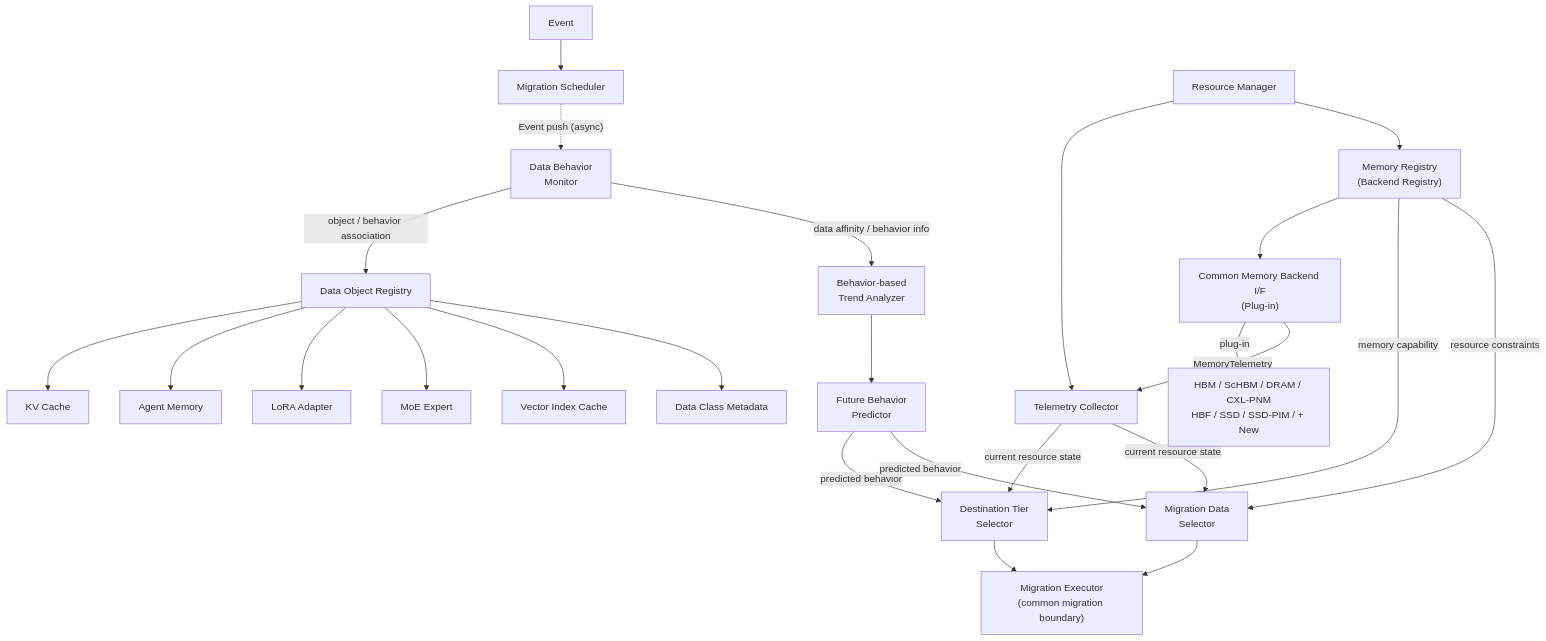
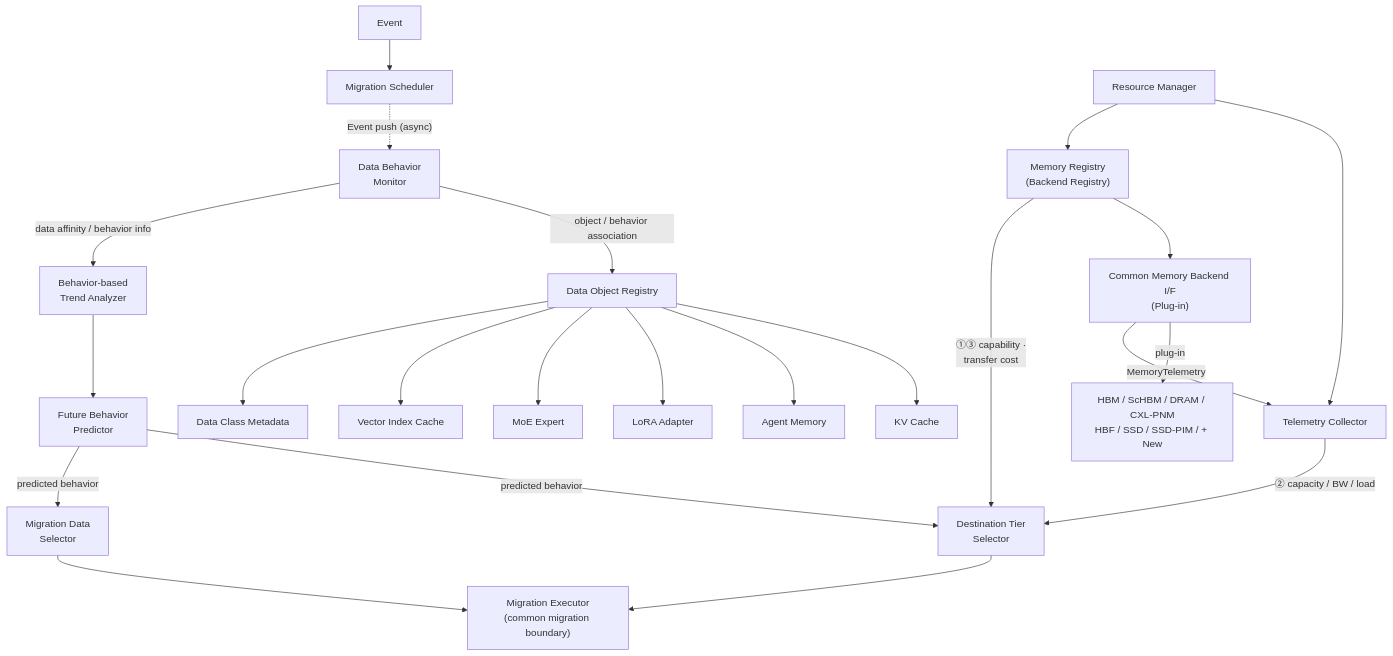
One commit to mkim0628/vllm changed the third of 4 diagrams in doc-mk/DP1/dp1-ai-data-migration-decision-architecture.md. Above: the diagram before and after it, drawn with Mermaid. The commit also changed other lines of this file, not shown here.

First line of the commit message:
DP1 doc: align C1/C2 module descriptions and diagrams with slides (Resource Manager links only RSM and DTS)

```diff
--- a/doc-mk/DP1/dp1-ai-data-migration-decision-architecture.md
+++ b/doc-mk/DP1/dp1-ai-data-migration-decision-architecture.md
@@ -1358,58 +1372,56 @@
 ~~~mermaid
 flowchart TD
     EV["Event"]
     MS["Migration Scheduler"]
 
     DBM["Data Behavior<br/>Monitor"]
     BTA["Behavior-based<br/>Trend Analyzer"]
     FBP["Future Behavior<br/>Predictor"]
 
     DOR["Data Object Registry"]
     KV["KV Cache"]
     AM["Agent Memory"]
     LA["LoRA Adapter"]
     MOE["MoE Expert"]
     IDX["Vector Index Cache"]
     META["Data Class Metadata"]
 
     DTS["Destination Tier<br/>Selector"]
     MDS["Migration Data<br/>Selector"]
     ME["Migration Executor<br/>(common migration boundary)"]
 
     RM["Resource Manager"]
     TC["Telemetry Collector"]
     MR["Memory Registry<br/>(Backend Registry)"]
     MBI["Common Memory Backend I/F<br/>(Plug-in)"]
     MEMS["HBM / ScHBM / DRAM / CXL-PNM<br/>HBF / SSD / SSD-PIM / + New"]
 
     EV --> MS
     MS -. "Event push (async)" .-> DBM
 
     DBM -->|"object / behavior association"| DOR
     DBM -->|"data affinity / behavior info"| BTA
     BTA --> FBP
 
     DOR --> KV
     DOR --> AM
     DOR --> LA
     DOR --> MOE
     DOR --> IDX
     DOR --> META
 
     RM --> TC
     RM --> MR
     MR --> MBI
     MBI -->|"plug-in"| MEMS
     MBI -->|"MemoryTelemetry"| TC
 
     FBP -->|"predicted behavior"| DTS
     FBP -->|"predicted behavior"| MDS
 
-    TC -->|"current resource state"| DTS
-    TC -->|"current resource state"| MDS
-    MR -->|"memory capability"| DTS
-    MR -->|"resource constraints"| MDS
+    TC -->|"② capacity / BW / load"| DTS
+    MR -->|"①③ capability ·<br/>transfer cost"| DTS
 
     DTS --> ME
     MDS --> ME
 ~~~
```
